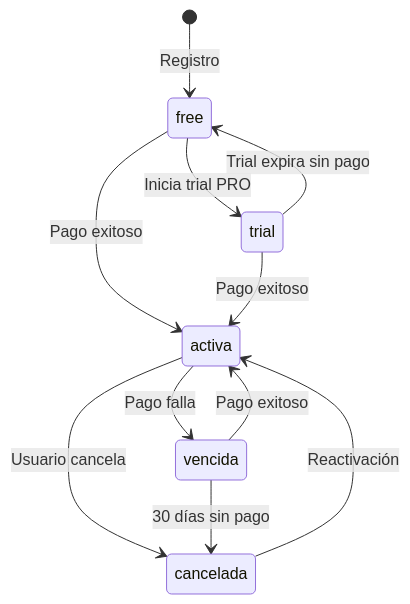
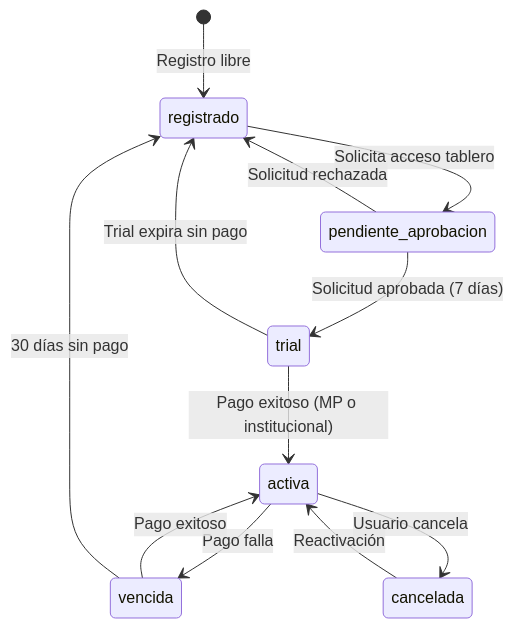
Before and after one commit to gbreard/mol: the diagram in docs/plan/05_USER_FLOWS.md, drawn with Mermaid. The commit also changed other lines of this file and 6 other files, not shown here.

First line of the commit message:
docs(plan): modelo híbrido v2.0 — registro libre + acceso gated + CMS

````diff
--- a/docs/plan/05_USER_FLOWS.md
+++ b/docs/plan/05_USER_FLOWS.md
@@ -261,13 +392,14 @@
 ```mermaid
 stateDiagram-v2
-    [*] --> free: Registro
-    free --> trial: Inicia trial PRO
-    free --> activa: Pago exitoso
-    trial --> activa: Pago exitoso
-    trial --> free: Trial expira sin pago
+    [*] --> registrado: Registro libre
+    registrado --> pendiente_aprobacion: Solicita acceso tablero
+    pendiente_aprobacion --> registrado: Solicitud rechazada
+    pendiente_aprobacion --> trial: Solicitud aprobada (7 días)
+    trial --> activa: Pago exitoso (MP o institucional)
+    trial --> registrado: Trial expira sin pago
     activa --> vencida: Pago falla
     activa --> cancelada: Usuario cancela
     vencida --> activa: Pago exitoso
-    vencida --> cancelada: 30 días sin pago
+    vencida --> registrado: 30 días sin pago
     cancelada --> activa: Reactivación
 ```
````
